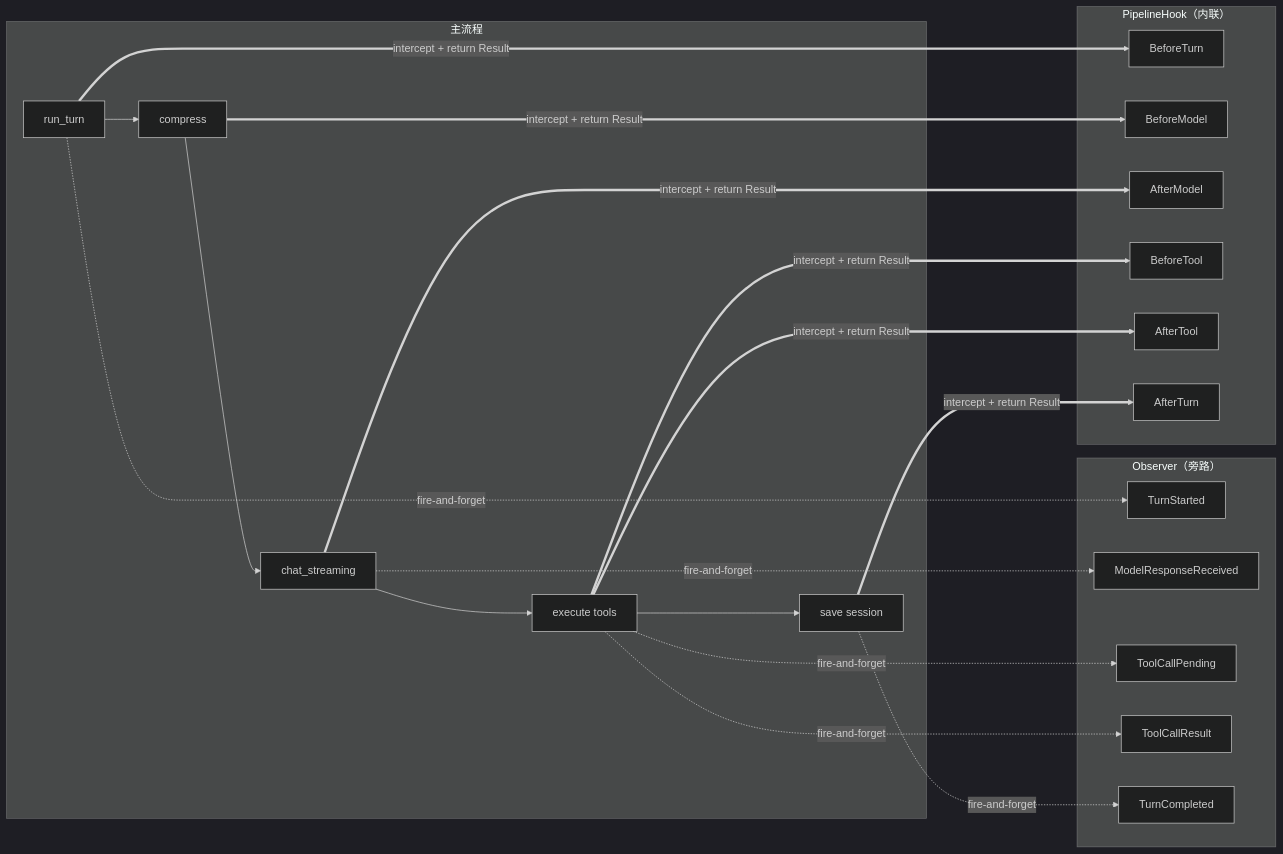
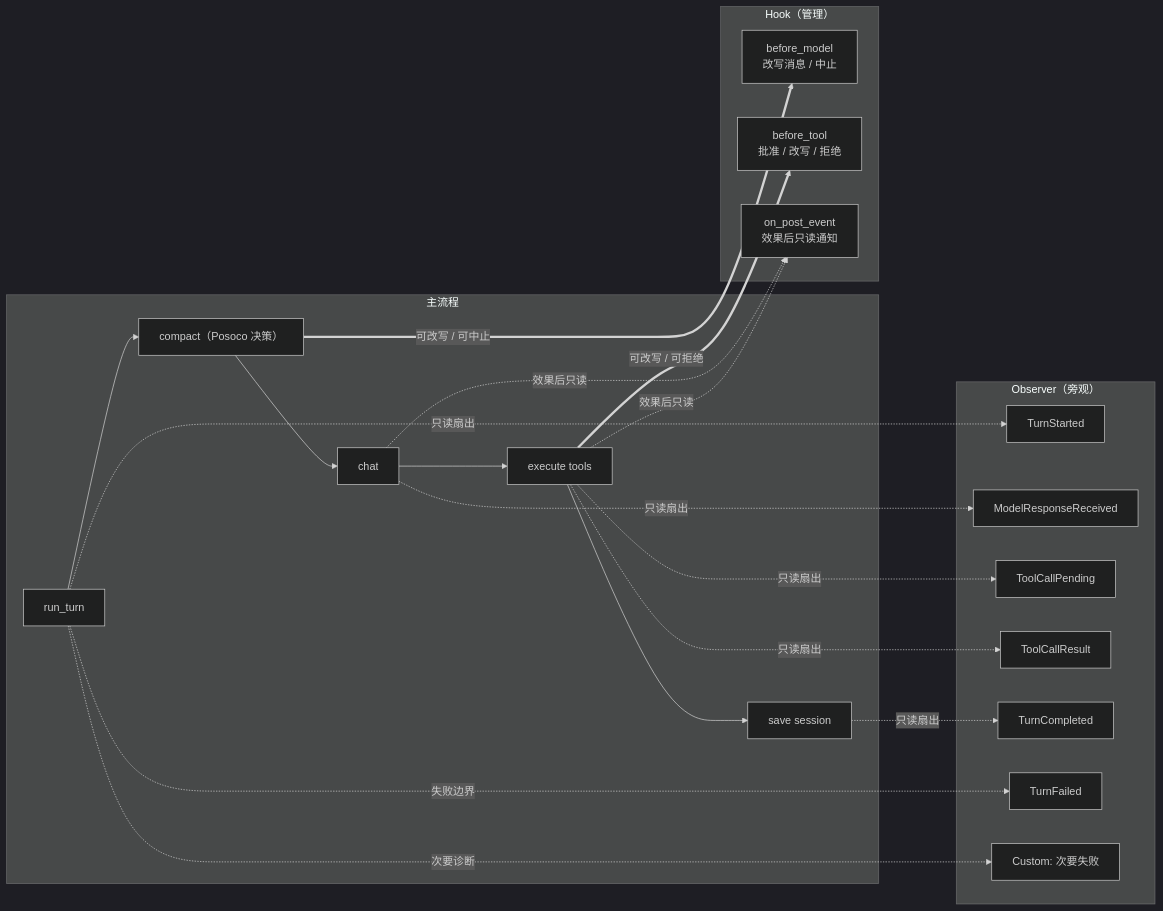
The third of 5 diagrams in docs/02-architecture.md (colmugx/posoco), drawn with Mermaid (dark theme) before and after one commit. The commit also changed other lines of this file and 4 other files, not shown here.

Commit message:
docs: update documentation for new architecture and API changes

````diff
--- a/docs/02-architecture.md
+++ b/docs/02-architecture.md
@@ -174,39 +172,38 @@
 ```mermaid
 graph LR
   subgraph "主流程"
-    A["run_turn"] --> B["compress"]
-    B --> C["chat_streaming"]
+    A["run_turn"] --> B["compact（Posoco 决策）"]
+    B --> C["chat"]
     C --> D["execute tools"]
     D --> E["save session"]
   end
 
-  subgraph "Observer（旁路）"
+  subgraph "Observer（旁观）"
     O1["TurnStarted"]
     O2["ModelResponseReceived"]
     O3["ToolCallPending"]
     O4["ToolCallResult"]
     O5["TurnCompleted"]
+    O6["TurnFailed"]
+    O7["Custom: 次要失败"]
   end
 
-  subgraph "PipelineHook（内联）"
-    H1["BeforeTurn"]
-    H2["BeforeModel"]
-    H3["AfterModel"]
-    H4["BeforeTool"]
-    H5["AfterTool"]
-    H6["AfterTurn"]
+  subgraph "Hook（管理）"
+    H1["before_model<br/>改写消息 / 中止"]
+    H2["before_tool<br/>批准 / 改写 / 拒绝"]
+    H3["on_post_event<br/>效果后只读通知"]
   end
 
-  A -.->|fire-and-forget| O1
-  C -.->|fire-and-forget| O2
-  D -.->|fire-and-forget| O3
-  D -.->|fire-and-forget| O4
-  E -.->|fire-and-forget| O5
+  A -.->|只读扇出| O1
+  C -.->|只读扇出| O2
+  D -.->|只读扇出| O3
+  D -.->|只读扇出| O4
+  E -.->|只读扇出| O5
+  A -.->|失败边界| O6
+  A -.->|次要诊断| O7
 
-  A ==>|intercept + return Result| H1
-  B ==>|intercept + return Result| H2
-  C ==>|intercept + return Result| H3
-  D ==>|intercept + return Result| H4
-  D ==>|intercept + return Result| H5
-  E ==>|intercept + return Result| H6
+  B ==>|可改写 / 可中止| H1
+  D ==>|可改写 / 可拒绝| H2
+  C -.->|效果后只读| H3
+  D -.->|效果后只读| H3
 ```
````
